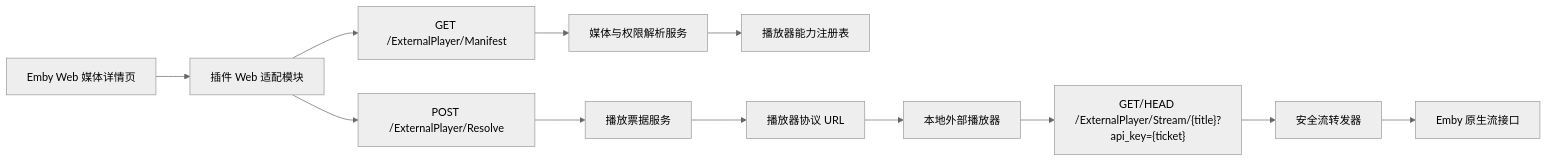
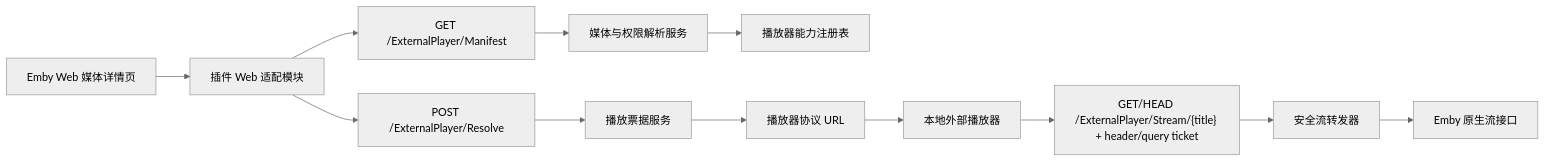
The diagram in docs/DESIGN.md (Kectai/emby-external-player), drawn with Mermaid (neutral theme) before and after one commit. The commit also changed other lines of this file and 19 other files, not shown here.

````diff
--- a/docs/DESIGN.md
+++ b/docs/DESIGN.md
@@ -111,14 +111,14 @@
 ```mermaid
 flowchart LR
     A["Emby Web 媒体详情页"] --> B["插件 Web 适配模块"]
     B --> C["GET /ExternalPlayer/Manifest"]
     C --> D["媒体与权限解析服务"]
     D --> E["播放器能力注册表"]
     B --> F["POST /ExternalPlayer/Resolve"]
     F --> G["播放票据服务"]
     G --> H["播放器协议 URL"]
     H --> I["本地外部播放器"]
-    I --> J["GET/HEAD /ExternalPlayer/Stream/{title}?api_key={ticket}"]
+    I --> J["GET/HEAD /ExternalPlayer/Stream/{title} + header/query ticket"]
     J --> K["安全流转发器"]
     K --> L["Emby 原生流接口"]
 ```
````
